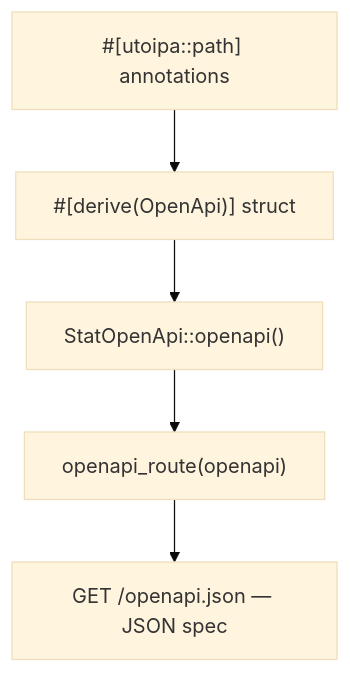
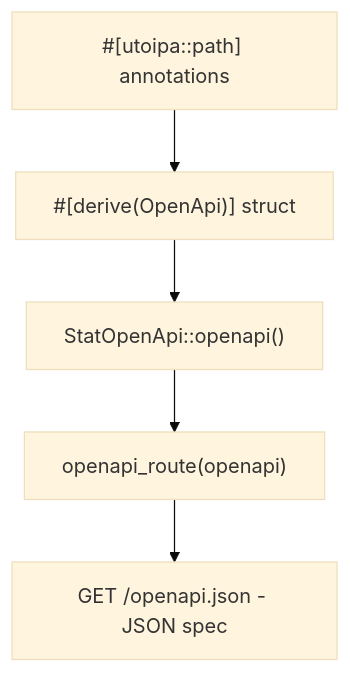
Before and after one commit to Sentin8/sentin8-sdk: the diagram in core/openapi/README.md, drawn with Mermaid (base theme). The commit also changed other lines of this file and 107 other files, not shown here.

````diff
--- a/core/openapi/README.md
+++ b/core/openapi/README.md
@@ -22,7 +22,7 @@
 ```mermaid
 graph TD
     A["#[utoipa::path] annotations"] --> B["#[derive(OpenApi)] struct"]
     B --> C["StatOpenApi::openapi()"]
     C --> D["openapi_route(openapi)"]
-    D --> E["GET /openapi.json — JSON spec"]
+    D --> E["GET /openapi.json - JSON spec"]
 ```
````
